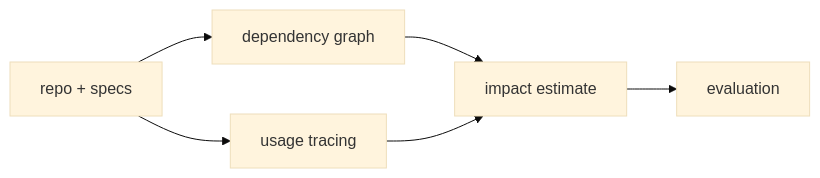
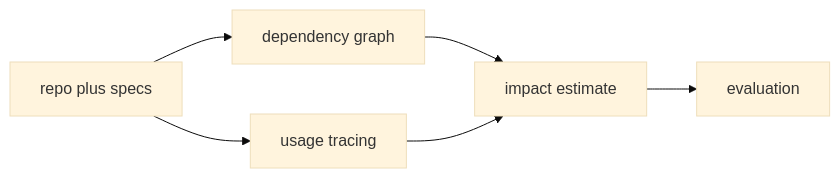
The fourth of 7 diagrams in README.md (VarunGore36/VarunGore36), drawn with Mermaid (base theme) before and after one commit. The commit also changed other lines of this file, not shown here.

Commit message:
Fix mermaid render, icon-only stack groups

````diff
--- a/README.md
+++ b/README.md
@@ -92,8 +88,8 @@
 ```mermaid
 flowchart LR
-    R[repo + specs] --> G[dependency graph]
-    R --> U[usage tracing]
-    G --> P[impact estimate]
-    U --> P
-    P --> E[evaluation]
+    r["repo plus specs"] --> g["dependency graph"]
+    r --> u["usage tracing"]
+    g --> p["impact estimate"]
+    u --> p
+    p --> e["evaluation"]
 ```
````
